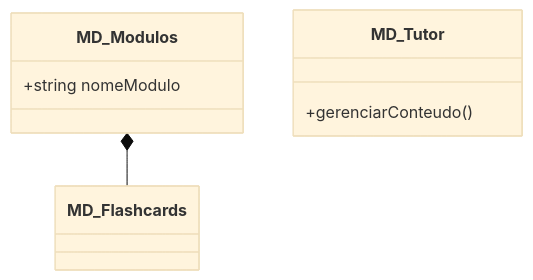
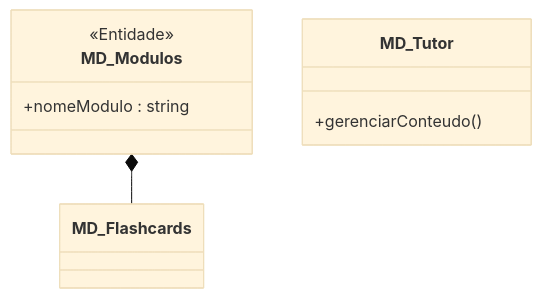
One commit to MayconDIS/PIM_III-Documentacao_UML changed the first of 2 diagrams in PIM_III/02_Modelagem_UML_Astah/UC05_Gerenciar_Conteudo_Cartas/README.md. Above: the diagram before and after it, drawn with Mermaid (base theme). The commit also changed other lines of this file and 17 other files, not shown here.

````diff
--- a/PIM_III/02_Modelagem_UML_Astah/UC05_Gerenciar_Conteudo_Cartas/README.md
+++ b/PIM_III/02_Modelagem_UML_Astah/UC05_Gerenciar_Conteudo_Cartas/README.md
@@ -31,10 +29,11 @@
 ```mermaid
 classDiagram
     MD_Modulos *-- MD_Flashcards
     class MD_Tutor {
         +gerenciarConteudo()
     }
     class MD_Modulos {
-        +string nomeModulo
+        <<Entidade>>
+        +nomeModulo : string
     }
 ```
````
